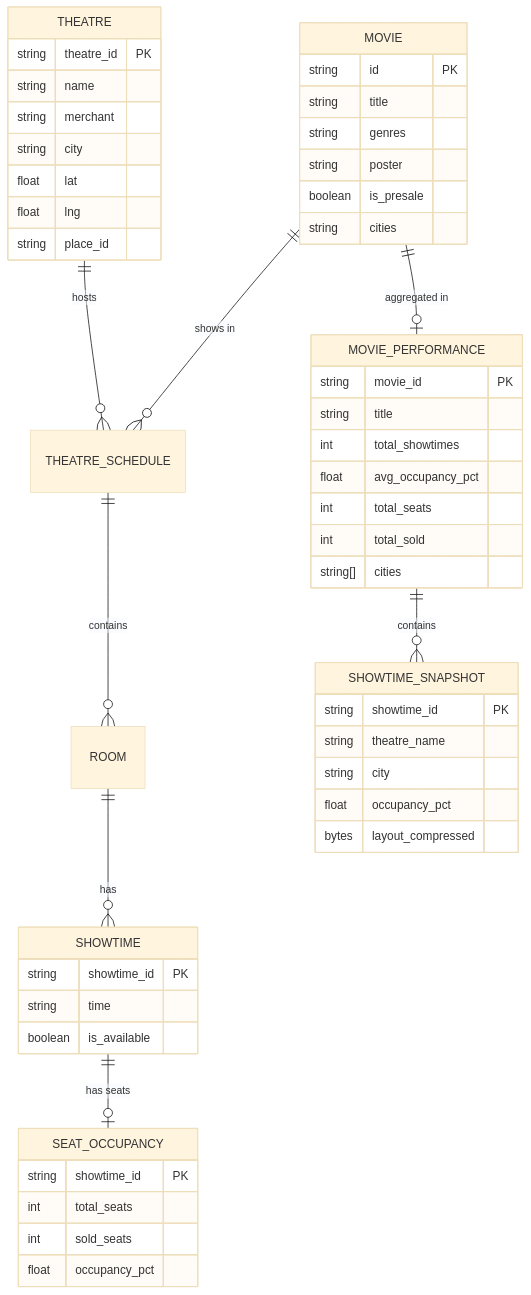
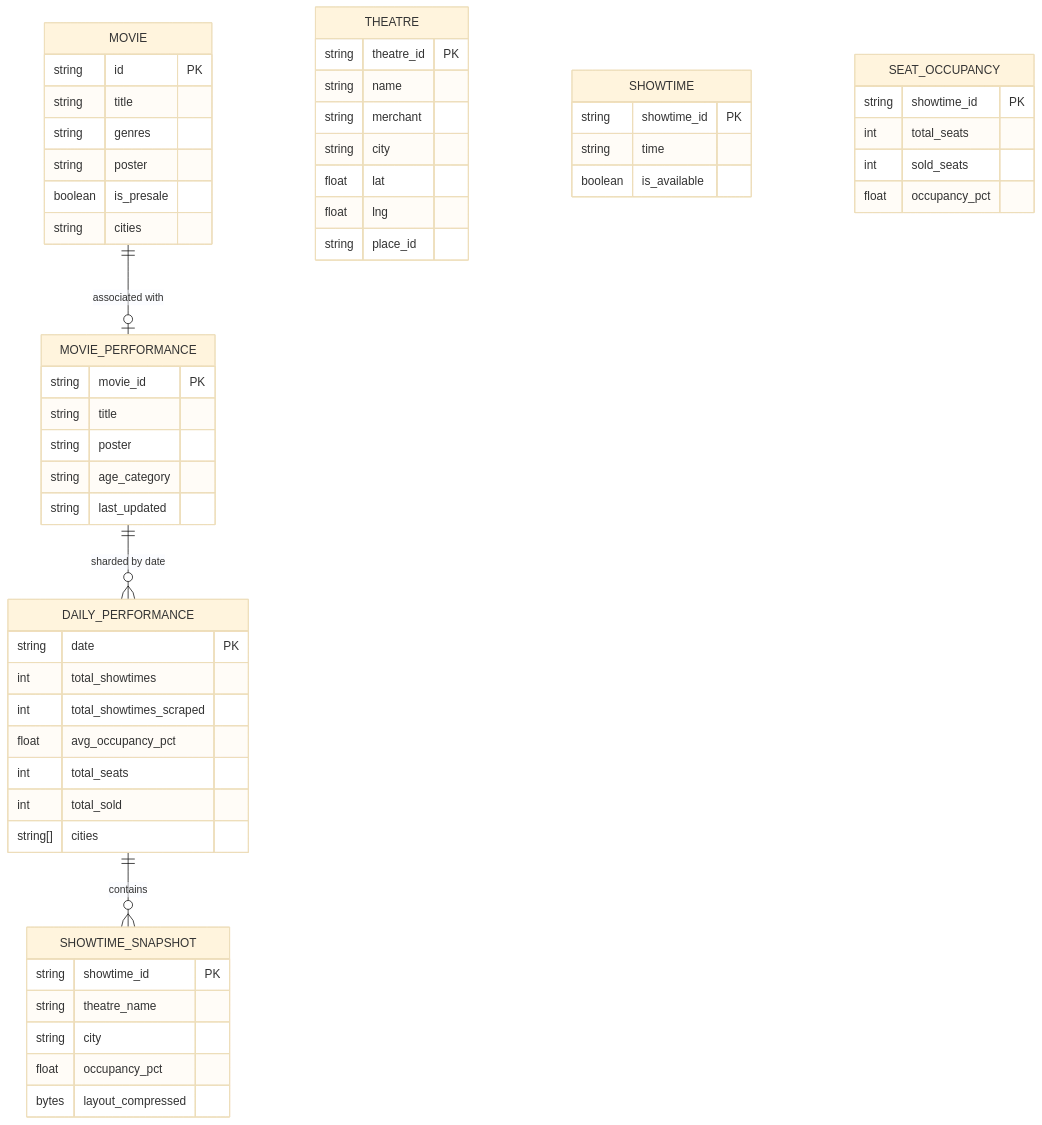
Before and after one commit to okihita/CineRadar: the third of 4 diagrams in docs/01_architecture_and_design.md, drawn with Mermaid (base theme). The commit also changed other lines of this file and 4 other files, not shown here.

Commit message:
feat: add scraped showtimes metric and update schema docs

````diff
--- a/docs/01_architecture_and_design.md
+++ b/docs/01_architecture_and_design.md
@@ -177,60 +177,64 @@
 ```mermaid
 erDiagram
-    MOVIE ||--o{ THEATRE_SCHEDULE : "shows in"
-    THEATRE_SCHEDULE ||--o{ ROOM : contains
-    ROOM ||--o{ SHOWTIME : has
-    THEATRE ||--o{ THEATRE_SCHEDULE : hosts
-    SHOWTIME ||--o| SEAT_OCCUPANCY : "has seats"
-    MOVIE ||--o| MOVIE_PERFORMANCE : "aggregated in"
-    MOVIE_PERFORMANCE ||--o{ SHOWTIME_SNAPSHOT : "contains"
+    MOVIE ||--o| MOVIE_PERFORMANCE : "associated with"
+    MOVIE_PERFORMANCE ||--o{ DAILY_PERFORMANCE : "sharded by date"
+    DAILY_PERFORMANCE ||--o{ SHOWTIME_SNAPSHOT : "contains"
     
     MOVIE {
         string id PK
         string title
         string genres
         string poster
         boolean is_presale
         string cities
     }
     
     THEATRE {
         string theatre_id PK
         string name
         string merchant
         string city
         float lat
         float lng
         string place_id
     }
     
     SHOWTIME {
         string showtime_id PK
         string time
         boolean is_available
     }
     
     SEAT_OCCUPANCY {
         string showtime_id PK
         int total_seats
         int sold_seats
         float occupancy_pct
     }
     
     MOVIE_PERFORMANCE {
         string movie_id PK
         string title
+        string poster
+        string age_category
+        string last_updated
+    }
+
+    DAILY_PERFORMANCE {
+        string date PK
         int total_showtimes
+        int total_showtimes_scraped
         float avg_occupancy_pct
         int total_seats
         int total_sold
         string[] cities
     }
     
     SHOWTIME_SNAPSHOT {
         string showtime_id PK
         string theatre_name
         string city
         float occupancy_pct
         bytes layout_compressed
     }
 ```
````
